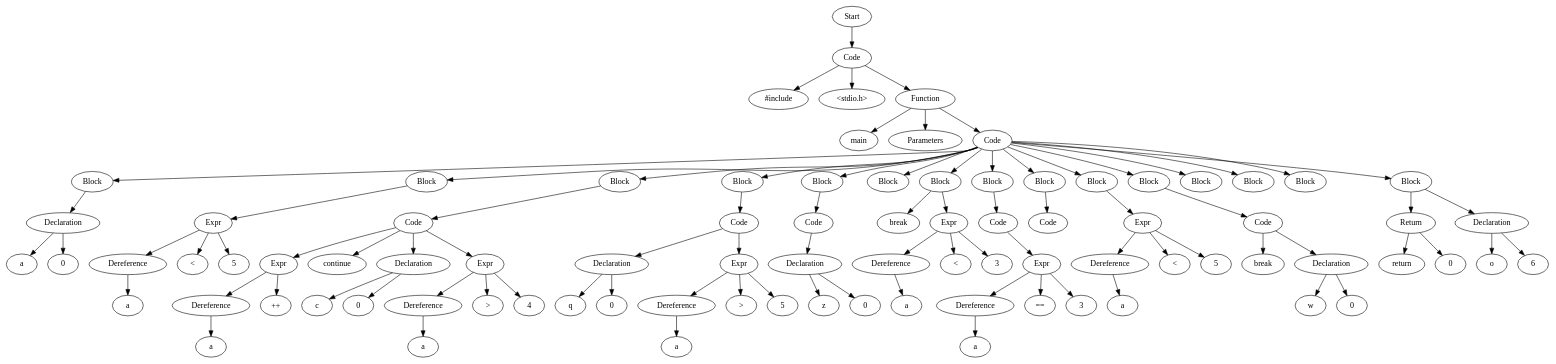
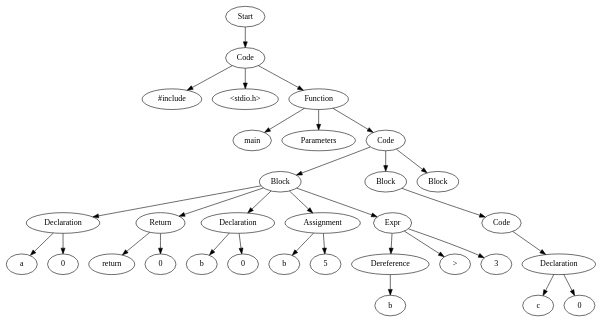
The diagram in TestCases/ASTTests/DeadCodeRemoveTests/CreateTests/read_file_before.dot (Are-you-listening/Compilers), drawn with Graphviz before and after one commit. The commit also changed 35 other files, not shown here.

```diff
--- a/TestCases/ASTTests/DeadCodeRemoveTests/CreateTests/read_file_before.dot
+++ b/TestCases/ASTTests/DeadCodeRemoveTests/CreateTests/read_file_before.dot
@@ -1,175 +1,65 @@
 digraph AST {
-  "129136273059952" [label="Start"];
-  "129136273059952" -> "129136273060432";
-  "129136273060432" [label="Code"];
-  "129136273060432" -> "129136273060528";
-  "129136273060432" -> "129136273060672";
-  "129136273060432" -> "129136273056640";
-  "129136273060528" [label="#include"];
-  "129136273060672" [label="<stdio.h>"];
-  "129136273056640" [label="Function"];
-  "129136273056640" -> "129136273048528";
-  "129136273056640" -> "129136273060816";
-  "129136273056640" -> "129136273057072";
-  "129136273048528" [label="main"];
-  "129136273060816" [label="Parameters"];
-  "129136273057072" [label="Code"];
-  "129136273057072" -> "129136271173584";
-  "129136273057072" -> "129136271172672";
-  "129136273057072" -> "129136271173104";
-  "129136273057072" -> "129136271168400";
-  "129136273057072" -> "129136271167728";
-  "129136273057072" -> "129136271168352";
-  "129136273057072" -> "129136271169024";
-  "129136273057072" -> "129136271171136";
-  "129136273057072" -> "129136271170464";
-  "129136273057072" -> "129136271170224";
-  "129136273057072" -> "129136271170272";
-  "129136273057072" -> "129136271170320";
-  "129136273057072" -> "129136271171088";
-  "129136273057072" -> "129136271171760";
-  "129136273057072" -> "129136271173152";
-  "129136271173584" [label="Block"];
-  "129136271173584" -> "129136273048336";
-  "129136273048336" [label="Declaration"];
-  "129136273048336" -> "129136273052560";
-  "129136273048336" -> "129136273060240";
-  "129136273052560" [label="a"];
-  "129136273060240" [label="0"];
-  "129136271172672" [label="Block"];
-  "129136271172672" -> "129136273060384";
-  "129136273060384" [label="Expr"];
-  "129136273060384" -> "129136273057936";
-  "129136273060384" -> "129136273055392";
-  "129136273060384" -> "129136273059040";
-  "129136273057936" [label="Dereference"];
-  "129136273057936" -> "129136273051744";
-  "129136273051744" [label="a"];
-  "129136273055392" [label="<"];
-  "129136273059040" [label="5"];
-  "129136271173104" [label="Block"];
-  "129136271173104" -> "129136273054144";
-  "129136273054144" [label="Code"];
-  "129136273054144" -> "129136273048480";
-  "129136273054144" -> "129136273062496";
-  "129136273054144" -> "129136273061392";
-  "129136273054144" -> "129136273061920";
-  "129136273048480" [label="Expr"];
-  "129136273048480" -> "129136273059568";
-  "129136273048480" -> "129136273062592";
-  "129136273059568" [label="Dereference"];
-  "129136273059568" -> "129136273048960";
-  "129136273048960" [label="a"];
-  "129136273062592" [label="++"];
-  "129136273062496" [label="continue"];
-  "129136273061392" [label="Declaration"];
-  "129136273061392" -> "129136273060336";
-  "129136273061392" -> "129136273048096";
-  "129136273060336" [label="c"];
-  "129136273048096" [label="0"];
-  "129136273061920" [label="Expr"];
-  "129136273061920" -> "129136273062016";
-  "129136273061920" -> "129136273054576";
-  "129136273061920" -> "129136273060192";
-  "129136273062016" [label="Dereference"];
-  "129136273062016" -> "129136273059664";
-  "129136273059664" [label="a"];
-  "129136273054576" [label=">"];
-  "129136273060192" [label="4"];
-  "129136271168400" [label="Block"];
-  "129136271168400" -> "129136273059616";
-  "129136273059616" [label="Code"];
-  "129136273059616" -> "129136273062304";
-  "129136273059616" -> "129136273059136";
-  "129136273062304" [label="Declaration"];
-  "129136273062304" -> "129136273056496";
-  "129136273062304" -> "129136273059472";
-  "129136273056496" [label="q"];
-  "129136273059472" [label="0"];
-  "129136273059136" [label="Expr"];
-  "129136273059136" -> "129136273058944";
-  "129136273059136" -> "129136273057120";
-  "129136273059136" -> "129136273053712";
-  "129136273058944" [label="Dereference"];
-  "129136273058944" -> "129136273057024";
-  "129136273057024" [label="a"];
-  "129136273057120" [label=">"];
-  "129136273053712" [label="5"];
-  "129136271167728" [label="Block"];
-  "129136271167728" -> "129136273056112";
-  "129136273056112" [label="Code"];
-  "129136273056112" -> "129136273053376";
-  "129136273053376" [label="Declaration"];
-  "129136273053376" -> "129136273058512";
-  "129136273053376" -> "129136273048816";
-  "129136273058512" [label="z"];
-  "129136273048816" [label="0"];
-  "129136271168352" [label="Block"];
-  "129136271169024" [label="Block"];
-  "129136271169024" -> "129136273059232";
-  "129136271169024" -> "129136273058272";
-  "129136273059232" [label="break"];
-  "129136273058272" [label="Expr"];
-  "129136273058272" -> "129136273063024";
-  "129136273058272" -> "129136273058320";
-  "129136273058272" -> "129136273056784";
-  "129136273063024" [label="Dereference"];
-  "129136273063024" -> "129136273051936";
-  "129136273051936" [label="a"];
-  "129136273058320" [label="<"];
-  "129136273056784" [label="3"];
-  "129136271171136" [label="Block"];
-  "129136271171136" -> "129136273056832";
-  "129136273056832" [label="Code"];
-  "129136273056832" -> "129136273057792";
-  "129136273057792" [label="Expr"];
-  "129136273057792" -> "129136273059424";
-  "129136273057792" -> "129136273057552";
-  "129136273057792" -> "129136273057504";
-  "129136273059424" [label="Dereference"];
-  "129136273059424" -> "129136273057840";
-  "129136273057840" [label="a"];
-  "129136273057552" [label="=="];
-  "129136273057504" [label="3"];
-  "129136271170464" [label="Block"];
-  "129136271170464" -> "129136273056688";
-  "129136273056688" [label="Code"];
-  "129136271170224" [label="Block"];
-  "129136271170224" -> "129136273051888";
-  "129136273051888" [label="Expr"];
-  "129136273051888" -> "129136273059904";
-  "129136273051888" -> "129136273058128";
-  "129136273051888" -> "129136271163504";
-  "129136273059904" [label="Dereference"];
-  "129136273059904" -> "129136273058176";
-  "129136273058176" [label="a"];
-  "129136273058128" [label="<"];
-  "129136271163504" [label="5"];
-  "129136271170272" [label="Block"];
-  "129136271170272" -> "129136273054384";
-  "129136273054384" [label="Code"];
-  "129136273054384" -> "129136271163600";
-  "129136273054384" -> "129136271163840";
-  "129136271163600" [label="break"];
-  "129136271163840" [label="Declaration"];
-  "129136271163840" -> "129136271164080";
-  "129136271163840" -> "129136271164320";
-  "129136271164080" [label="w"];
-  "129136271164320" [label="0"];
-  "129136271170320" [label="Block"];
-  "129136271171088" [label="Block"];
-  "129136271171760" [label="Block"];
-  "129136271173152" [label="Block"];
-  "129136271173152" -> "129136273055008";
-  "129136271173152" -> "129136271164512";
-  "129136273055008" [label="Return"];
-  "129136273055008" -> "129136273063456";
-  "129136273055008" -> "129136271164416";
-  "129136273063456" [label="return"];
-  "129136271164416" [label="0"];
-  "129136271164512" [label="Declaration"];
-  "129136271164512" -> "129136271164752";
-  "129136271164512" -> "129136271164992";
-  "129136271164752" [label="o"];
-  "129136271164992" [label="6"];
+  "128413390847712" [label="Start"];
+  "128413390847712" -> "128413390844976";
+  "128413390844976" [label="Code"];
+  "128413390844976" -> "128413390835760";
+  "128413390844976" -> "128413391063792";
+  "128413390844976" -> "128413390846704";
+  "128413390835760" [label="#include"];
+  "128413391063792" [label="<stdio.h>"];
+  "128413390846704" [label="Function"];
+  "128413390846704" -> "128413391061920";
+  "128413390846704" -> "128413391075936";
+  "128413390846704" -> "128413391076320";
+  "128413391061920" [label="main"];
+  "128413391075936" [label="Parameters"];
+  "128413391076320" [label="Code"];
+  "128413391076320" -> "128413391073440";
+  "128413391076320" -> "128413391066672";
+  "128413391076320" -> "128413391062736";
+  "128413391073440" [label="Block"];
+  "128413391073440" -> "128413391071952";
+  "128413391073440" -> "128413391069744";
+  "128413391073440" -> "128413391065088";
+  "128413391073440" -> "128413391064224";
+  "128413391073440" -> "128413391072048";
+  "128413391071952" [label="Declaration"];
+  "128413391071952" -> "128413391070608";
+  "128413391071952" -> "128413391065712";
+  "128413391070608" [label="a"];
+  "128413391065712" [label="0"];
+  "128413391069744" [label="Return"];
+  "128413391069744" -> "128413391061680";
+  "128413391069744" -> "128413391075792";
+  "128413391061680" [label="return"];
+  "128413391075792" [label="0"];
+  "128413391065088" [label="Declaration"];
+  "128413391065088" -> "128413391071856";
+  "128413391065088" -> "128413391064752";
+  "128413391071856" [label="b"];
+  "128413391064752" [label="0"];
+  "128413391064224" [label="Assignment"];
+  "128413391064224" -> "128413391076512";
+  "128413391064224" -> "128413391064944";
+  "128413391076512" [label="b"];
+  "128413391064944" [label="5"];
+  "128413391072048" [label="Expr"];
+  "128413391072048" -> "128413391065376";
+  "128413391072048" -> "128413391064800";
+  "128413391072048" -> "128413391073488";
+  "128413391065376" [label="Dereference"];
+  "128413391065376" -> "128413391061056";
+  "128413391061056" [label="b"];
+  "128413391064800" [label=">"];
+  "128413391073488" [label="3"];
+  "128413391066672" [label="Block"];
+  "128413391066672" -> "128413391067536";
+  "128413391067536" [label="Code"];
+  "128413391067536" -> "128413391062112";
+  "128413391062112" [label="Declaration"];
+  "128413391062112" -> "128413391063264";
+  "128413391062112" -> "128413391075744";
+  "128413391063264" [label="c"];
+  "128413391075744" [label="0"];
+  "128413391062736" [label="Block"];
 }
```
